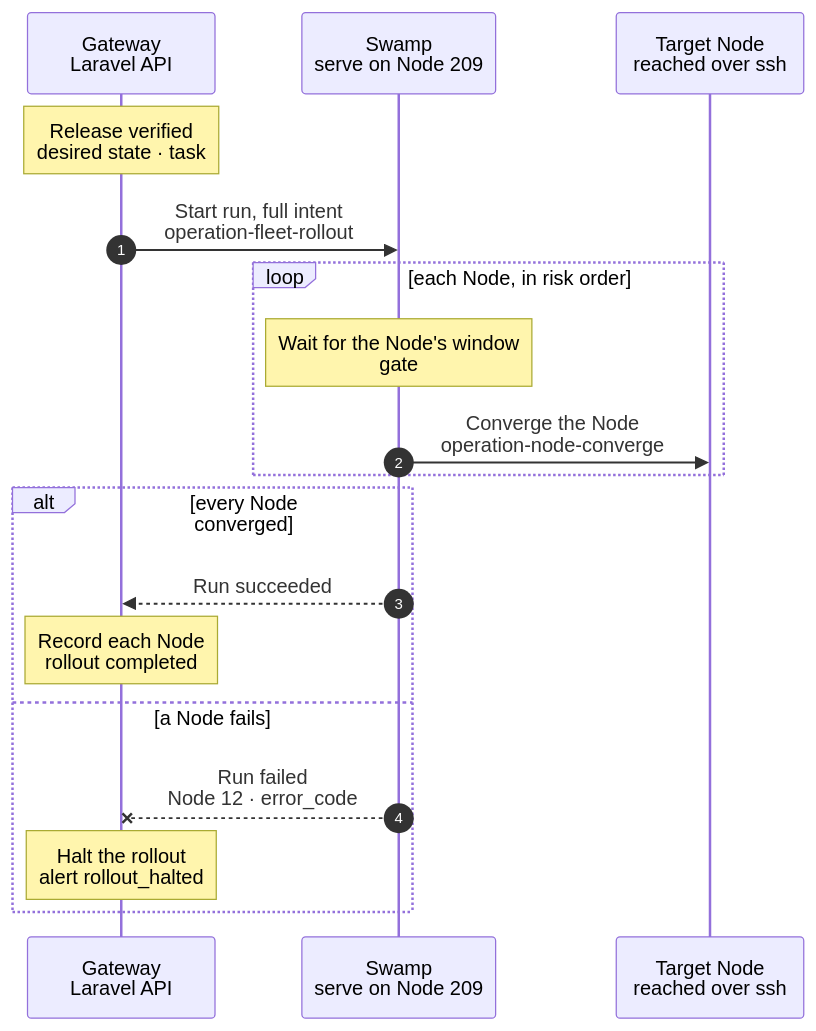
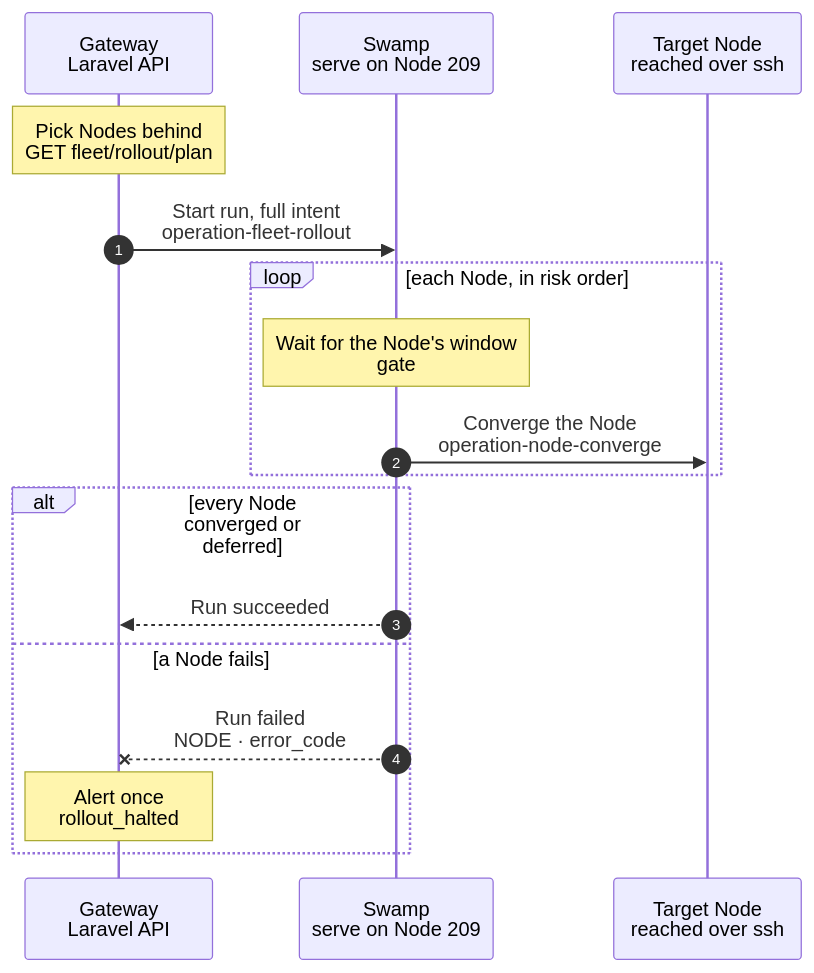
One commit to hardimpactdev/orbit changed the diagram in docs/cli/fleet/rollout.mmd. Above: the diagram before and after it, drawn with Mermaid. The commit also changed 91 other files, not shown here.

Commit message:
refactor(fleet): delete the fleet rollout records and CLI; Operations and Swamp run history replace them (R3c)

```diff
--- a/docs/cli/fleet/rollout.mmd
+++ b/docs/cli/fleet/rollout.mmd
@@ -1,43 +1,49 @@
 sequenceDiagram
-  %% Target design: fleet maintenance redesign 2026-11-03 (each Node visit runs node:converge; release after R3 starts the rollout). docs/reference/gateway-recovery.md#fleet-rollout.
+  %% Target design: fleet maintenance redesign 2026-11-03 (each Node visit runs node:converge); R3c: no rollout records, Swamp run history is the record. docs/reference/gateway-recovery.md#fleet-rollout.
   %% status: draft
-  %% command: none · after each verified Gateway release
+  %% command: none · each fleet maintenance pass
   %% kind: fleet.rollout
   autonumber
   %% lane GW icon=gateway pill=intent tone=blue
   %% lane SW icon=workflow pill=executes tone=green
   %% lane N icon=server pill=target tone=amber
   participant GW as Gateway<br/>Laravel API
   participant SW as Swamp<br/>serve on Node 209
   participant N as Target Node<br/>reached over ssh
-  Note over GW: Release verified<br/>desired state · task #5160
+  Note over GW: Pick Nodes behind<br/>GET fleet/rollout/plan
   %%> When:
-  %%> - the Swamp release run ended verified, while `ORBIT_FLEET_ROLLOUT=true`
-  %%> - again after `fleet:rollout:resume`
+  %%> - each minute, from Swamp's fleet maintenance pass, while `ORBIT_FLEET_ROLLOUT=true`
+  %%> - only for a commit whose Gateway release is verified
+  %%> Picks:
+  %%> - a Node whose last visit for this commit did not converge it, a drifted Node, or a Node not visited yet
+  %%> - at most once per 5 minutes per Node; the last visit is read from earlier rollout results
+  %%> - no Node after a failed Node that still waits its 5 minutes
+  %%> - in risk order: `app-dev`, then `ci-runner` `metrics` `analytics`, then `database` `websocket` `vpn` `router`, then `app-prod` `ingress`
+  GW->>SW: Start run, full intent<br/>operation-fleet-rollout
+  %%> Input:
+  %%> - the commit, the CLI release, the agent pin and each picked Node
   %%> Requirements:
-  %%> - no other rollout is running or halted
-  %%> Builds:
-  %%> - the rollout set in risk order: `app-dev`, then `ci-runner` `metrics` `analytics`, then `database` `websocket` `vpn` `router`, then `app-prod` `ingress`
-  %%> - for each Node the same targets-only intent as `node:converge`
-  GW->>SW: Start run, full intent<br/>operation-fleet-rollout
+  %%> - no other rollout is running
   loop each Node, in risk order
     Note over SW: Wait for the Node's window<br/>gate
     %%> Why:
     %%> - `app-dev`-only Nodes go at any hour; others only 03:00–06:00 Europe/Amsterdam
-    %%> - a closed window defers the Node to the catch-up; it is not a failure
+    %%> - a closed window defers the Node to a later pass; it is not a failure
     SW->>N: Converge the Node<br/>operation-node-converge
     %%> Why the same workflow:
     %%> - one way to bring a Node to the release
     %%> - a failed Tool does not fail the Node; Doctor shows it
   end
-  alt every Node converged
+  alt every Node converged or deferred
     SW-->>GW: Run succeeded
-    Note over GW: Record each Node<br/>rollout completed
+    %%> Result:
+    %%> - the Operation result lists each Node's outcome; the next pass reads it
   else a Node fails
-    SW--xGW: Run failed<br/>Node 12 · error_code
+    SW--xGW: Run failed<br/>NODE · error_code
     %%> Why stop:
     %%> - later Nodes are not visited, so one bad release breaks at most one Node
-    Note over GW: Halt the rollout<br/>alert rollout_halted
+    Note over GW: Alert once<br/>rollout_halted
     %%> Retry:
-    %%> - fix the cause, then `fleet:rollout:resume` (Node 12 first) or `--skip=12`
+    %%> - fix the cause; the next pass, 5 minutes later, starts again at this Node
+    %%> - retries raise no new alert for the same Node, commit and error
   end
```
